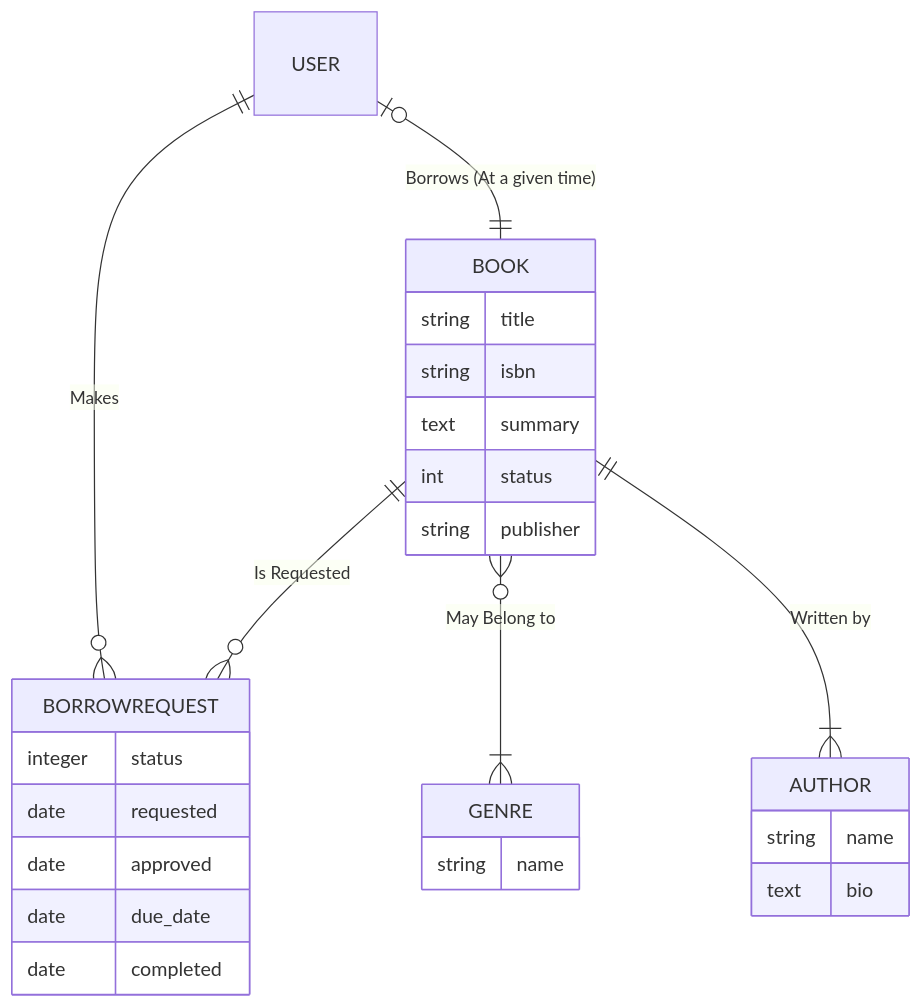
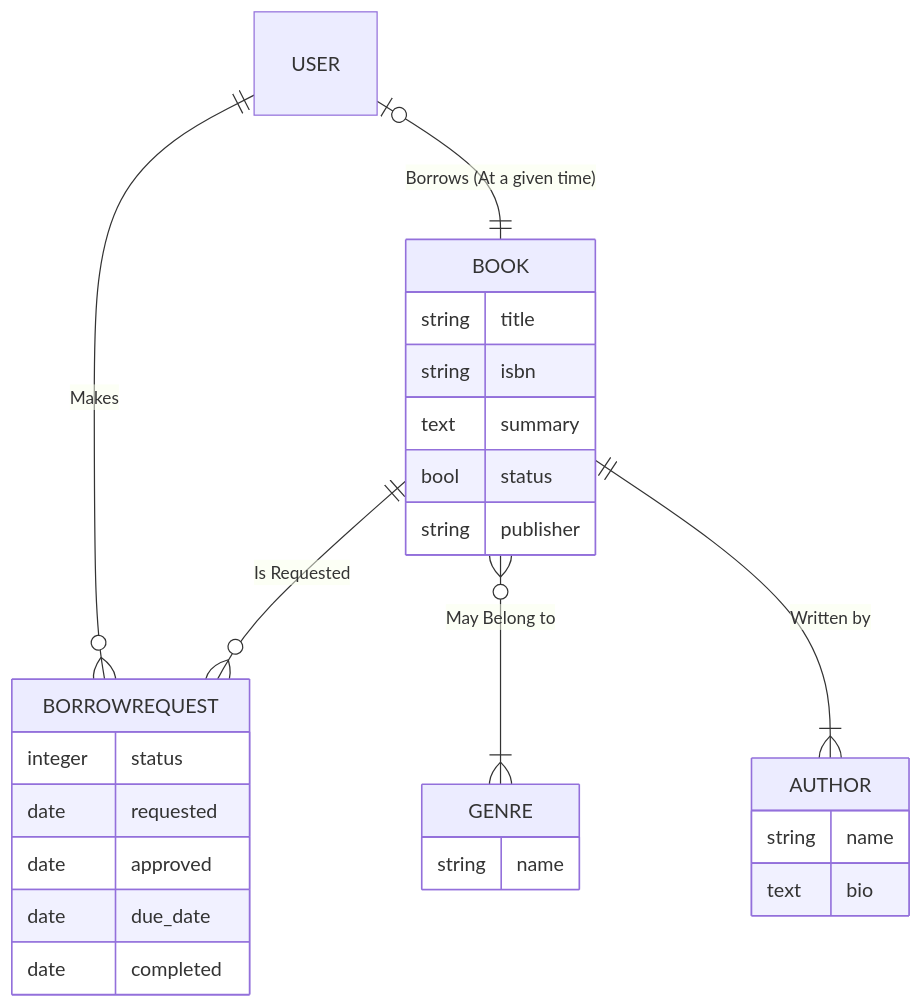
One commit to edu-python-course/libms-spec changed the diagram in mermaid/models.mmd. Above: the diagram before and after it, drawn with Mermaid. The commit also changed 1 other file, not shown here.

```diff
--- a/mermaid/models.mmd
+++ b/mermaid/models.mmd
@@ -1,31 +1,31 @@
 erDiagram
     USER ||--o{ BORROWREQUEST: "Makes"
     BOOK ||--o{ BORROWREQUEST: "Is Requested"
     BOOK }o--|{ GENRE: "May Belong to"
     BOOK ||--|{ AUTHOR: "Written by"
     USER |o--|| BOOK: "Borrows (At a given time)"
 
     BORROWREQUEST {
         integer status
         date requested
         date approved
         date due_date
         date completed
     }
 
     BOOK {
         string title
         string isbn
         text summary
-        int status
+        bool status
         string publisher
     }
 
     GENRE {
         string name
     }
 
     AUTHOR {
         string name
         text bio
     }
```
